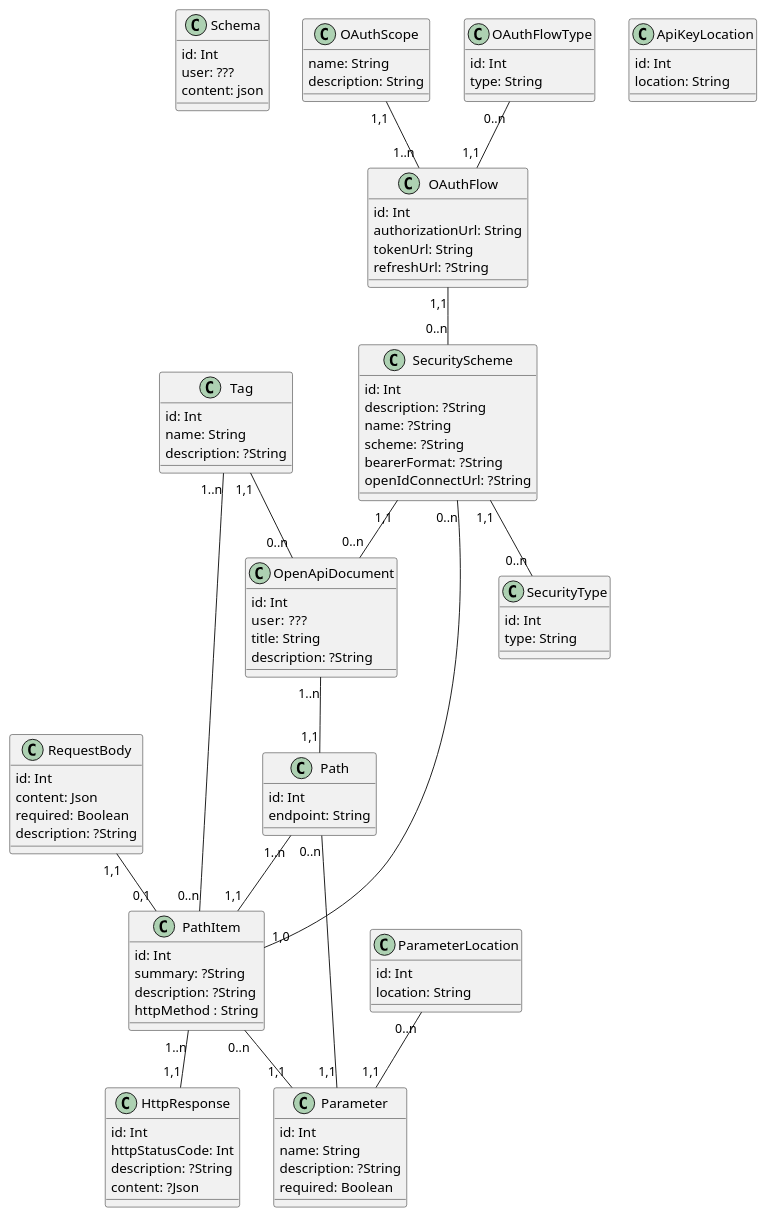
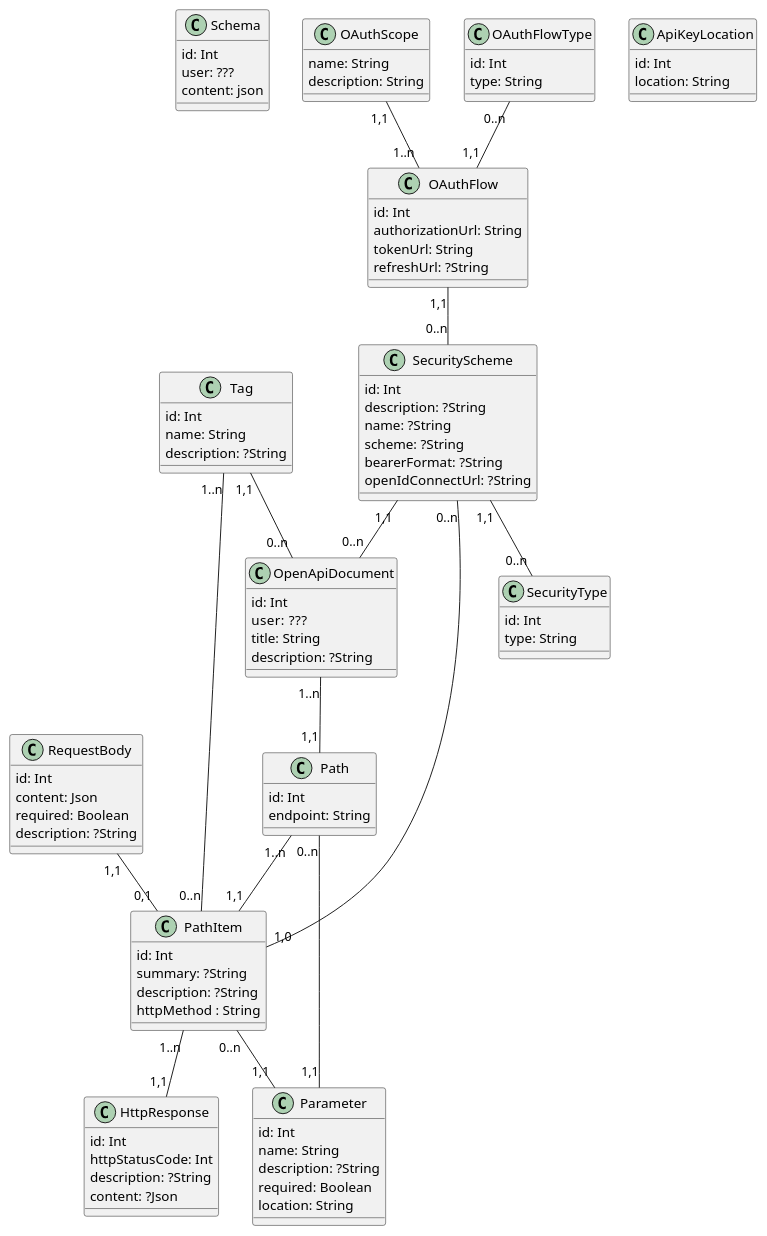
One commit to ReverseOpenapi/back changed the diagram in documentation/entity-relationship-diagram.puml. Above: the diagram before and after it, drawn with PlantUML. The commit also changed 2 other files, not shown here.

Commit message:
:sparkles: added parameter

```diff
--- a/documentation/entity-relationship-diagram.puml
+++ b/documentation/entity-relationship-diagram.puml
@@ -1,133 +1,127 @@
 @startuml Reverse OpenAPI entity relationship diagram
 
 ' see https://plantuml.com/fr/ to generate a diagram from this file
 
 ' This model is satisfying 3NF (https://en.wikipedia.org/wiki/Database_normalization)
 
 ' Store schemas created by our modeling tool
 ' https://swagger.io/specification/#schema-object
 class Schema {
     {field} id: Int
     {field} user: ???
     {field} content: json
 }
 
 ' Root of the OpenAPI document created by the user
 ' https://swagger.io/specification/#openapi-object
 class OpenApiDocument {
     {field} id: Int
     {field} user:  ???
     {field} title: String
     {field} description: ?String
 }
 
 ' https://swagger.io/specification/#paths-object
 class Path {
     {field} id: Int
     {field} endpoint: String
 }
 
 ' https://swagger.io/specification/#path-item-object and https://swagger.io/specification/#operation-object combined for simplification
 class PathItem {
     {field} id: Int
     {field} summary: ?String
     {field} description: ?String
     {field} httpMethod : String
 }
 
 ' https://swagger.io/specification/#security-scheme-object
 class SecurityScheme {
     {field} id: Int
     {field} description: ?String
     {field} name: ?String
     {field} scheme: ?String
     {field} bearerFormat: ?String
     {field} openIdConnectUrl: ?String
 }
 
 ' https://swagger.io/specification/#security-scheme-object -> see field "type"
 class SecurityType {
     {field} id: Int
     {field} type: String
 }
 
 ' https://swagger.io/specification/#security-scheme-object -> see field "in"
 class ApiKeyLocation {
     {field} id: Int
     {field} location: String
 }
 
 ' https://swagger.io/specification/#oauth-flows-object
 class OAuthFlow {
     {field} id: Int
     {field} authorizationUrl: String
     {field} tokenUrl: String
     {field} refreshUrl: ?String
 }
 
 ' https://swagger.io/specification/#oauth-flow-object -> see field "scopes"
 class OAuthScope {
     {field} name: String
     {field} description: String
 }
 
 ' https://swagger.io/specification/#oauth-flows-object -> all fields names are types
 class OAuthFlowType {
     {field} id: Int
     {field} type: String
 }
 
 ' https://swagger.io/specification/#tag-object
 class Tag {
     {field} id: Int
     {field} name: String
     {field} description: ?String
 }
 
 ' https://swagger.io/specification/#request-body-object
 class RequestBody {
     {field} id: Int
     {field} content: Json
     {field} required: Boolean
     {field} description: ?String
 }
 
 ' https://swagger.io/specification/#parameter-object
 class Parameter {
     {field} id: Int
     {field} name: String
     {field} description: ?String
     {field} required: Boolean
-}
-
-' https://swagger.io/specification/#parameter-object -> refers to "in" field name
-class ParameterLocation {
-    {field} id: Int
     {field} location: String
 }
 
 ' https://swagger.io/specification/#response-object
 class HttpResponse {
     {field} id: Int
     {field} httpStatusCode: Int
     {field} description: ?String
     {field} content: ?Json
 }
 
 OpenApiDocument "1..n" -- "1,1" Path /' OpenApiDocument has one or many Path, Path has one OpenAPIDocument '/
 Path "0..n" -- "1,1" Parameter /' Path has zero or many Parameter, Parameter has one Path '/
 PathItem "0..n" -- "1,1" Parameter /' PathItem has zero or many Parameter, Parameter has one PathItem '/
 PathItem "1..n" -- "1,1" HttpResponse /' PathItem has one or many HttpResponse, HttpResponse has one Pathitem '/
 Path "1..n" -- "1,1" PathItem /' Path has zero or many PathItem, PathItem has one Path '/
-ParameterLocation "0..n" -- "1,1" Parameter /' ParameterLocation has zero or many Parameter, Parameter has one ParameterLocation '/
 RequestBody "1,1" -- "0,1" PathItem /' RequestBody has one PathItem, PathItem has zero or one PathItem '/
 Tag "1,1" -- "0..n" OpenApiDocument /' Tag has one OpenApiDocument, OpenApiDocument has zero or many Tag '/
 Tag "1..n" -- "0..n" PathItem /' Tag has one or many PathItem, PathItem has zero or many PathItem '/
 SecurityScheme "1,1" -- "0..n" OpenApiDocument /' SecurityScheme has one OpenApiDocument, OpenApiDocument has zero or many SecurityScheme '/
 OAuthFlow "1,1" -- "0..n" SecurityScheme /' OAuthFlow has one SecurityScheme, SecurityScheme has zero or many OAuthFlow '/
 OAuthFlowType "0..n" -- "1,1" OAuthFlow /' OAuthFlowType has zero or many OAuthFlow, OAuthFlow has one OAuthFlowType '/
 OAuthScope "1,1" -- "1..n" OAuthFlow /' OAuthScope has one OAuthFlow, OAuthFlow has one or many OAuthScope '/
 SecurityScheme "0..n" -- "1,0" PathItem /' SecurityScheme has zero or many PathItem, PathItem has one or zero SecurityScheme '/
 SecurityScheme "1,1" -- "0..n" SecurityType /' SecurityScheme has one SecurityType, SecurityType has zero or many SecurityType '/
 
 @enduml
```
